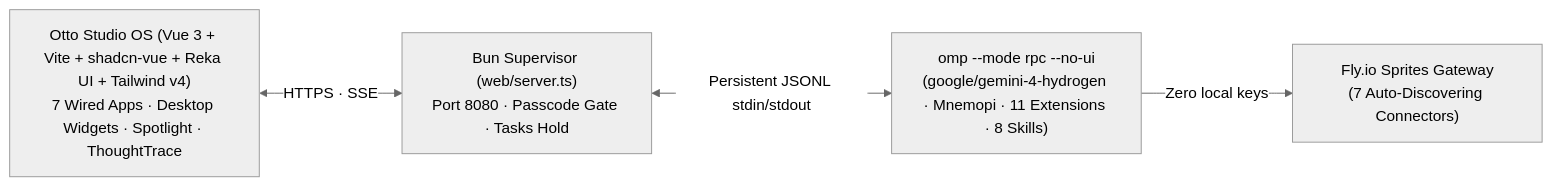
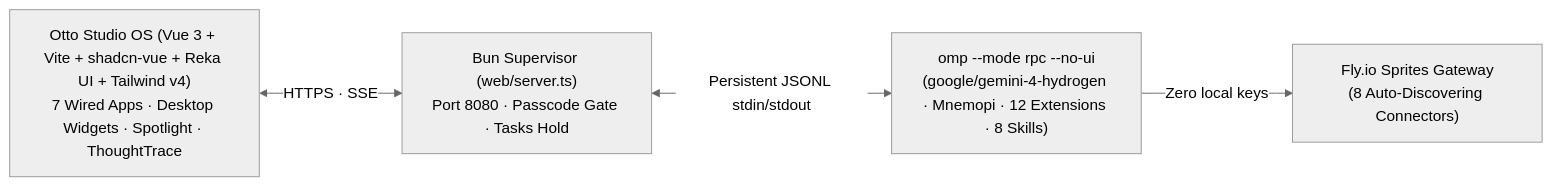
Before and after one commit to roffidaijoubu/otto: the first of 5 diagrams in docs/architecture.md, drawn with Mermaid (neutral theme). The commit also changed other lines of this file and 8 other files, not shown here.

````diff
--- a/docs/architecture.md
+++ b/docs/architecture.md
@@ -13,6 +13,6 @@
 ```mermaid
 flowchart LR
     B["Otto Studio OS (Vue 3 + Vite + shadcn-vue + Reka UI + Tailwind v4)<br/>7 Wired Apps · Desktop Widgets · Spotlight · ThoughtTrace"] <-->|"HTTPS · SSE"| S["Bun Supervisor (web/server.ts)<br/>Port 8080 · Passcode Gate · Tasks Hold"]
-    S <-->|"Persistent JSONL stdin/stdout"| O["omp --mode rpc --no-ui<br/>(google/gemini-4-hydrogen · Mnemopi · 11 Extensions · 8 Skills)"]
-    O -->|"Zero local keys"| G["Fly.io Sprites Gateway<br/>(7 Auto-Discovering Connectors)"]
+    S <-->|"Persistent JSONL stdin/stdout"| O["omp --mode rpc --no-ui<br/>(google/gemini-4-hydrogen · Mnemopi · 12 Extensions · 8 Skills)"]
+    O -->|"Zero local keys"| G["Fly.io Sprites Gateway<br/>(8 Auto-Discovering Connectors)"]
 ```
````
